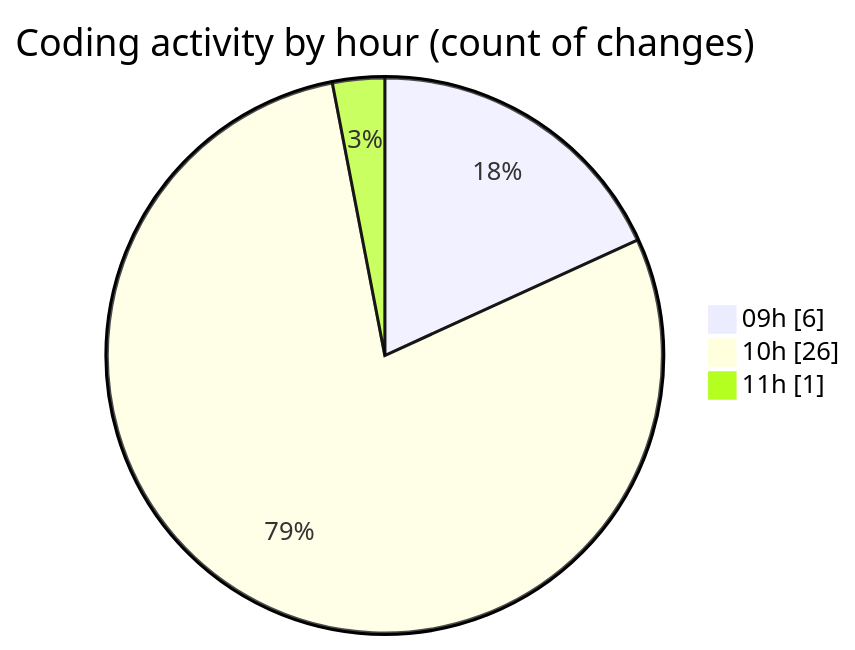
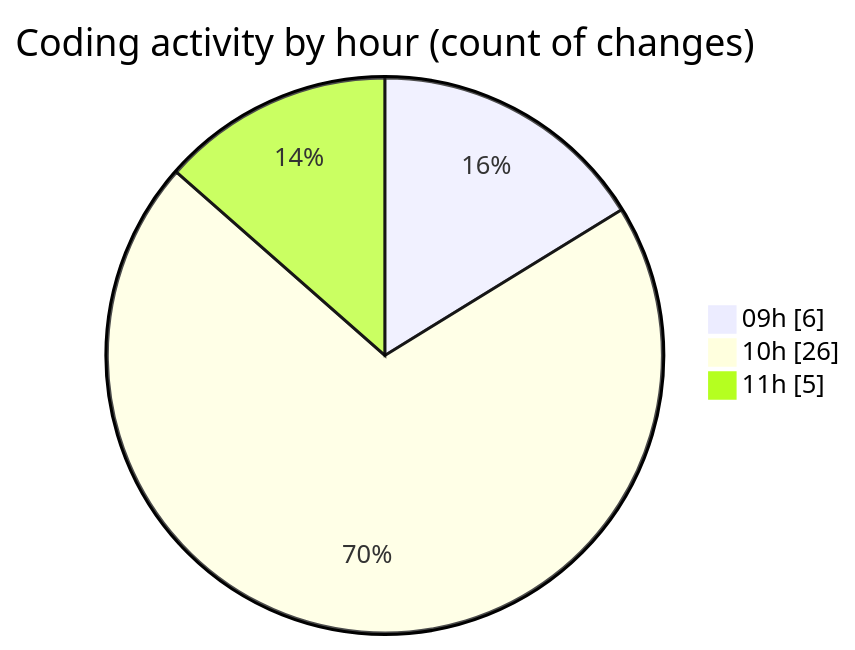
One commit to momahboobian/code-tracking changed the second of 2 diagrams in 2025-01-20/activity-tracker/README.md. Above: the diagram before and after it, drawn with Mermaid. The commit also changed other lines of this file and 1 other file, not shown here.

````diff
--- a/2025-01-20/activity-tracker/README.md
+++ b/2025-01-20/activity-tracker/README.md
@@ -31,7 +31,7 @@
 ```mermaid
 pie showData
 title Coding activity by hour (count of changes)
 "09h" : 6
 "10h" : 26
-"11h" : 1
+"11h" : 5
 ```
````
